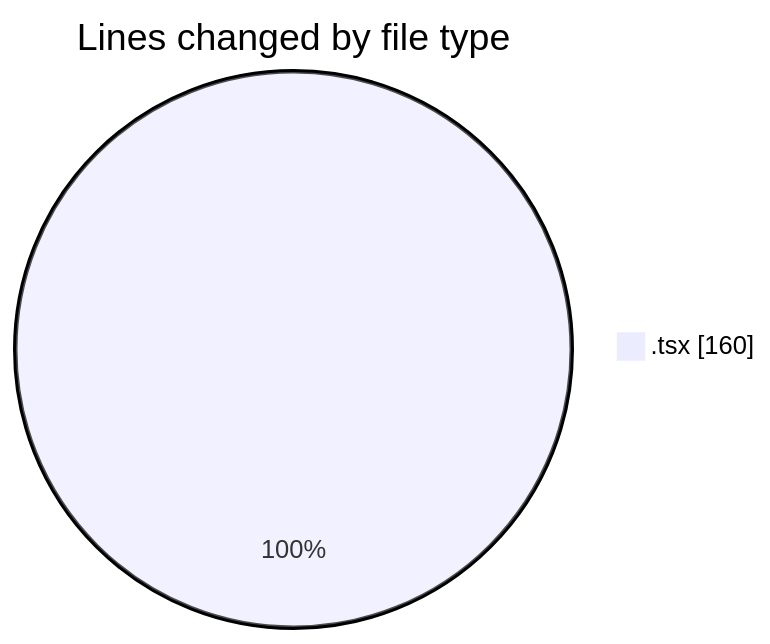
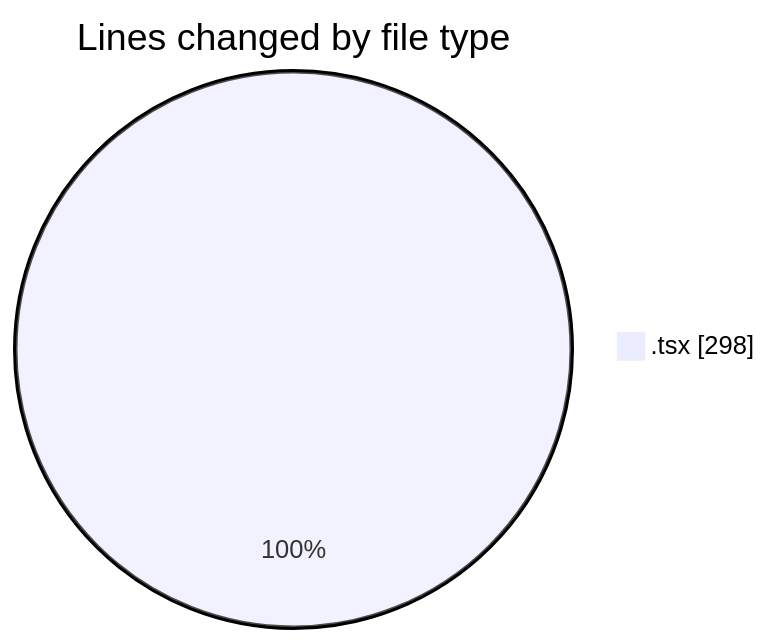
The first of 2 diagrams in 2026-02-05/nxtqube_webapp/README.md (nxtqubesakshisongat/code-tracking), drawn with Mermaid before and after one commit. The commit also changed other lines of this file and 1 other file, not shown here.

````diff
--- a/2026-02-05/nxtqube_webapp/README.md
+++ b/2026-02-05/nxtqube_webapp/README.md
@@ -20,5 +21,5 @@
 ```mermaid
 pie showData
 title Lines changed by file type
-".tsx" : 160
+".tsx" : 298
 ```
````
